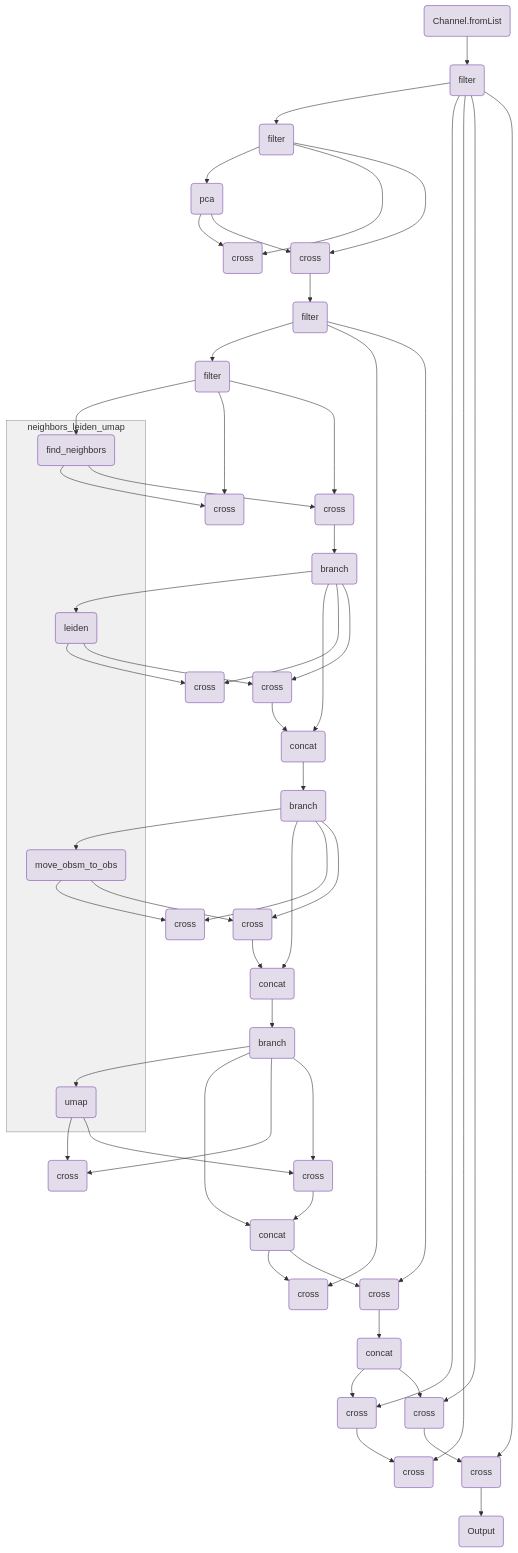
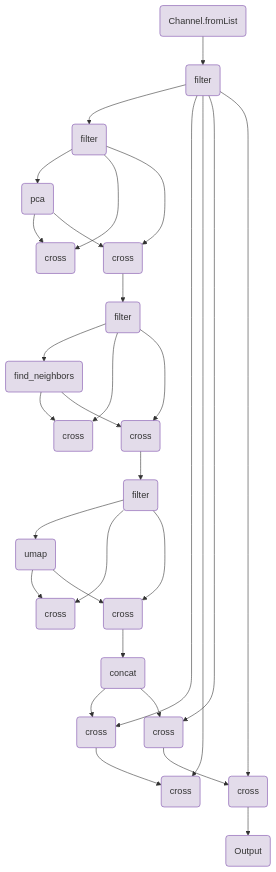
The diagram in components/workflows/multiomics/dimensionality_reduction.qmd (openpipelines-bio/website), drawn with Mermaid before and after one commit. The commit also changed other lines of this file and 145 other files, not shown here.

````diff
--- a/components/workflows/multiomics/dimensionality_reduction.qmd
+++ b/components/workflows/multiomics/dimensionality_reduction.qmd
@@ -145,88 +145,48 @@
     v25(cross)
     v35(cross)
     v41(filter)
-    v195(concat)
-    v50(filter)
-    v65(cross)
-    v75(cross)
-    v84(branch)
-    v111(concat)
-    v96(cross)
-    v106(cross)
-    v115(branch)
-    v142(concat)
-    v127(cross)
-    v137(cross)
-    v146(branch)
-    v173(concat)
-    v158(cross)
-    v168(cross)
-    v180(cross)
-    v190(cross)
-    v202(cross)
-    v209(cross)
-    v221(cross)
-    v228(cross)
-    v232(Output)
-    subgraph group_neighbors_leiden_umap [neighbors_leiden_umap]
-        v58(find_neighbors)
-        v89(leiden)
-        v120(move_obsm_to_obs)
-        v151(umap)
-    end
-    v84-->v111
-    v115-->v142
-    v146-->v173
+    v49(find_neighbors)
+    v56(cross)
+    v66(cross)
+    v72(filter)
+    v102(concat)
+    v80(umap)
+    v87(cross)
+    v97(cross)
+    v109(cross)
+    v116(cross)
+    v128(cross)
+    v135(cross)
+    v139(Output)
     v0-->v2
     v2-->v10
     v10-->v18
     v18-->v25
     v10-->v25
     v10-->v35
-    v41-->v50
-    v50-->v58
-    v58-->v65
-    v50-->v65
-    v50-->v75
-    v84-->v89
-    v89-->v96
-    v84-->v96
-    v84-->v106
-    v106-->v111
-    v115-->v120
-    v120-->v127
-    v115-->v127
-    v115-->v137
-    v137-->v142
-    v146-->v151
-    v151-->v158
-    v146-->v158
-    v146-->v168
-    v168-->v173
-    v173-->v180
-    v41-->v180
-    v41-->v190
-    v190-->v195
-    v195-->v202
-    v2-->v202
-    v202-->v209
-    v2-->v209
-    v2-->v221
-    v221-->v228
-    v2-->v228
-    v228-->v232
+    v41-->v49
+    v49-->v56
+    v41-->v56
+    v41-->v66
+    v72-->v80
+    v80-->v87
+    v72-->v87
+    v72-->v97
+    v97-->v102
+    v102-->v109
+    v2-->v109
+    v109-->v116
+    v2-->v116
+    v2-->v128
+    v128-->v135
+    v2-->v135
+    v135-->v139
     v35-->v41
     v18-->v35
-    v58-->v75
-    v75-->v84
-    v89-->v106
-    v111-->v115
-    v120-->v137
-    v142-->v146
-    v151-->v168
-    v173-->v190
-    v195-->v221
-    style group_neighbors_leiden_umap fill:#F0F0F0,stroke:#969696;
+    v66-->v72
+    v49-->v66
+    v80-->v97
+    v102-->v128
     style v0 fill:#e3dcea,stroke:#7a4baa;
     style v2 fill:#e3dcea,stroke:#7a4baa;
     style v10 fill:#e3dcea,stroke:#7a4baa;
@@ -234,32 +194,18 @@
     style v25 fill:#e3dcea,stroke:#7a4baa;
     style v35 fill:#e3dcea,stroke:#7a4baa;
     style v41 fill:#e3dcea,stroke:#7a4baa;
-    style v195 fill:#e3dcea,stroke:#7a4baa;
-    style v50 fill:#e3dcea,stroke:#7a4baa;
-    style v58 fill:#e3dcea,stroke:#7a4baa;
-    style v65 fill:#e3dcea,stroke:#7a4baa;
-    style v75 fill:#e3dcea,stroke:#7a4baa;
-    style v84 fill:#e3dcea,stroke:#7a4baa;
-    style v111 fill:#e3dcea,stroke:#7a4baa;
-    style v89 fill:#e3dcea,stroke:#7a4baa;
-    style v96 fill:#e3dcea,stroke:#7a4baa;
-    style v106 fill:#e3dcea,stroke:#7a4baa;
-    style v115 fill:#e3dcea,stroke:#7a4baa;
-    style v142 fill:#e3dcea,stroke:#7a4baa;
-    style v120 fill:#e3dcea,stroke:#7a4baa;
-    style v127 fill:#e3dcea,stroke:#7a4baa;
-    style v137 fill:#e3dcea,stroke:#7a4baa;
-    style v146 fill:#e3dcea,stroke:#7a4baa;
-    style v173 fill:#e3dcea,stroke:#7a4baa;
-    style v151 fill:#e3dcea,stroke:#7a4baa;
-    style v158 fill:#e3dcea,stroke:#7a4baa;
-    style v168 fill:#e3dcea,stroke:#7a4baa;
-    style v180 fill:#e3dcea,stroke:#7a4baa;
-    style v190 fill:#e3dcea,stroke:#7a4baa;
-    style v202 fill:#e3dcea,stroke:#7a4baa;
-    style v209 fill:#e3dcea,stroke:#7a4baa;
-    style v221 fill:#e3dcea,stroke:#7a4baa;
-    style v228 fill:#e3dcea,stroke:#7a4baa;
-    style v232 fill:#e3dcea,stroke:#7a4baa;
+    style v49 fill:#e3dcea,stroke:#7a4baa;
+    style v56 fill:#e3dcea,stroke:#7a4baa;
+    style v66 fill:#e3dcea,stroke:#7a4baa;
+    style v72 fill:#e3dcea,stroke:#7a4baa;
+    style v102 fill:#e3dcea,stroke:#7a4baa;
+    style v80 fill:#e3dcea,stroke:#7a4baa;
+    style v87 fill:#e3dcea,stroke:#7a4baa;
+    style v97 fill:#e3dcea,stroke:#7a4baa;
+    style v109 fill:#e3dcea,stroke:#7a4baa;
+    style v116 fill:#e3dcea,stroke:#7a4baa;
+    style v128 fill:#e3dcea,stroke:#7a4baa;
+    style v135 fill:#e3dcea,stroke:#7a4baa;
+    style v139 fill:#e3dcea,stroke:#7a4baa;
 
 ```
````
